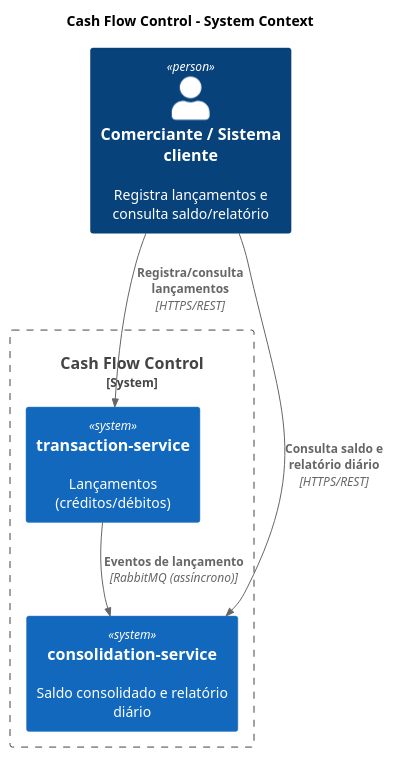
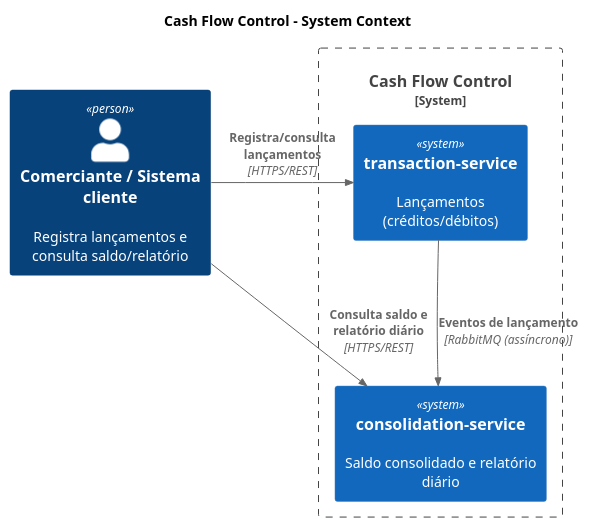
One commit to carlosmachado/cash-flow-control changed the diagram in docs/diagrams/c4-context.puml. Above: the diagram before and after it, drawn with PlantUML. The commit also changed 8 other files, not shown here.

```diff
--- a/docs/diagrams/c4-context.puml
+++ b/docs/diagrams/c4-context.puml
@@ -1,18 +1,18 @@
 @startuml c4-context
 ' C4 Level 1 - System Context
 !include https://raw.githubusercontent.com/plantuml-stdlib/C4-PlantUML/master/C4_Context.puml
 
 title Cash Flow Control - System Context
 
 Person(merchant, "Comerciante / Sistema cliente", "Registra lançamentos e consulta saldo/relatório")
 
 System_Boundary(cfc, "Cash Flow Control") {
   System(tx, "transaction-service", "Lançamentos (créditos/débitos)")
   System(cons, "consolidation-service", "Saldo consolidado e relatório diário")
 }
 
-Rel(merchant, tx, "Registra/consulta lançamentos", "HTTPS/REST")
+Rel_R(merchant, tx, "Registra/consulta lançamentos", "HTTPS/REST")
 Rel(merchant, cons, "Consulta saldo e relatório diário", "HTTPS/REST")
 Rel(tx, cons, "Eventos de lançamento", "RabbitMQ (assíncrono)")
 
 @enduml
```
